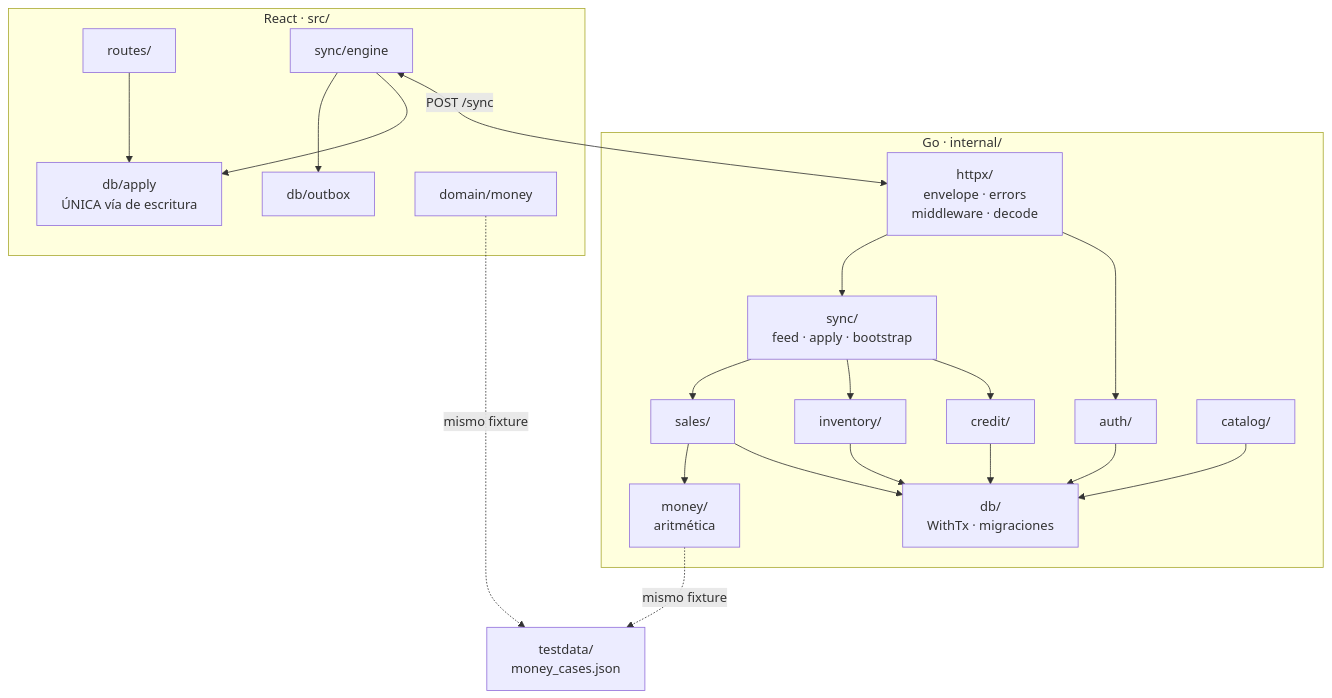
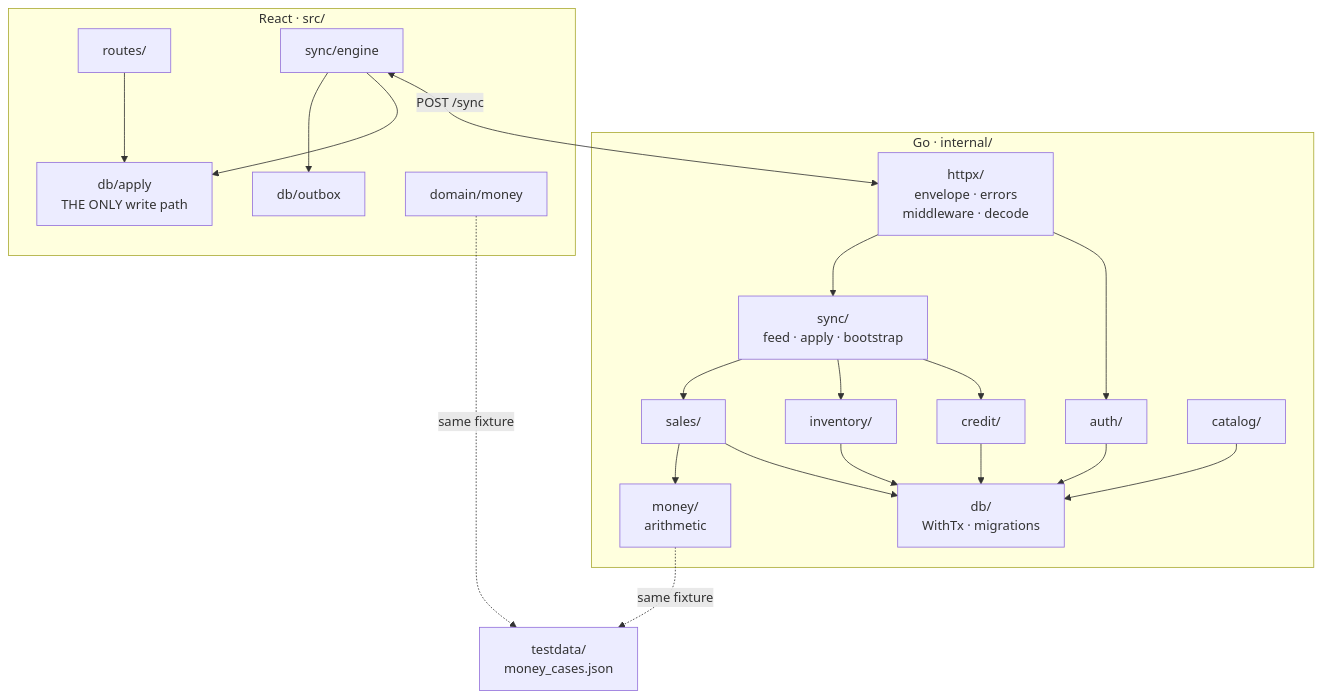
The sixth of 6 diagrams in docs/ARCHITECTURE.md (Bryandrm/Store-system), drawn with Mermaid before and after one commit. The commit also changed other lines of this file and 1 other file, not shown here.

First line of the commit message:
docs: architecture diagrams and implementation status

````diff
--- a/docs/ARCHITECTURE.md
+++ b/docs/ARCHITECTURE.md
@@ -244,43 +242,43 @@
 ```mermaid
 flowchart TB
     subgraph go["Go · internal/"]
         httpx["httpx/<br/>envelope · errors<br/>middleware · decode"]
         syncm["sync/<br/>feed · apply · bootstrap"]
         auth["auth/"]
         sales["sales/"]
         inv["inventory/"]
         credit["credit/"]
         catalog["catalog/"]
-        dbp["db/<br/>WithTx · migraciones"]
-        money["money/<br/>aritmética"]
+        dbp["db/<br/>WithTx · migrations"]
+        money["money/<br/>arithmetic"]
     end
 
     subgraph ts["React · src/"]
         routes["routes/"]
-        apply["db/apply<br/>ÚNICA vía de escritura"]
+        apply["db/apply<br/>THE ONLY write path"]
         outbox["db/outbox"]
         engine["sync/engine"]
         domain["domain/money"]
     end
 
     fixture["testdata/<br/>money_cases.json"]
 
     routes --> apply
     engine --> outbox
     engine --> apply
     engine <-->|"POST /sync"| httpx
     httpx --> syncm
     httpx --> auth
     syncm --> sales
     syncm --> inv
     syncm --> credit
     sales --> money
     sales --> dbp
     inv --> dbp
     credit --> dbp
     catalog --> dbp
     auth --> dbp
 
-    money -.->|"mismo fixture"| fixture
-    domain -.->|"mismo fixture"| fixture
+    money -.->|"same fixture"| fixture
+    domain -.->|"same fixture"| fixture
 ```
````
